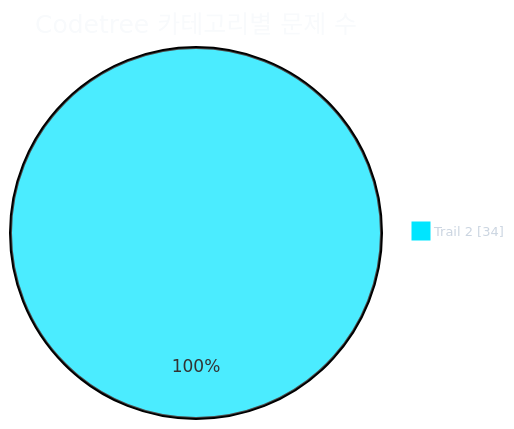
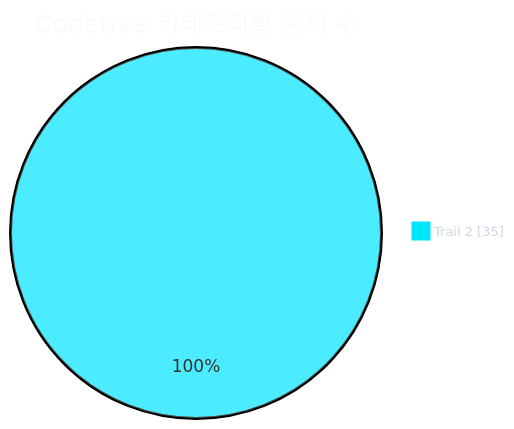
One commit to CHOOSLA/Algorithm changed the first of 2 diagrams in readme.md. Above: the diagram before and after it, drawn with Mermaid. The commit also changed other lines of this file and 2 other files, not shown here.

````diff
--- a/readme.md
+++ b/readme.md
@@ -31,21 +31,21 @@
 ```mermaid
 ---
 config:
   theme: base
   themeVariables:
     background: '#0d1117'
     pieTitleTextColor: '#f8fafc'
     pieLegendTextColor: '#cbd5e1'
     pieLegendTextSize: '13px'
     pie1: '#00e5ff'
     pie2: '#22c55e'
     pie3: '#f59e0b'
     pie4: '#a855f7'
     pie5: '#ec4899'
     pie6: '#3b82f6'
     pie7: '#64748b'
 ---
 pie showData
   title Codetree 카테고리별 문제 수
-  "Trail 2" : 34
+  "Trail 2" : 35
 ```
````
